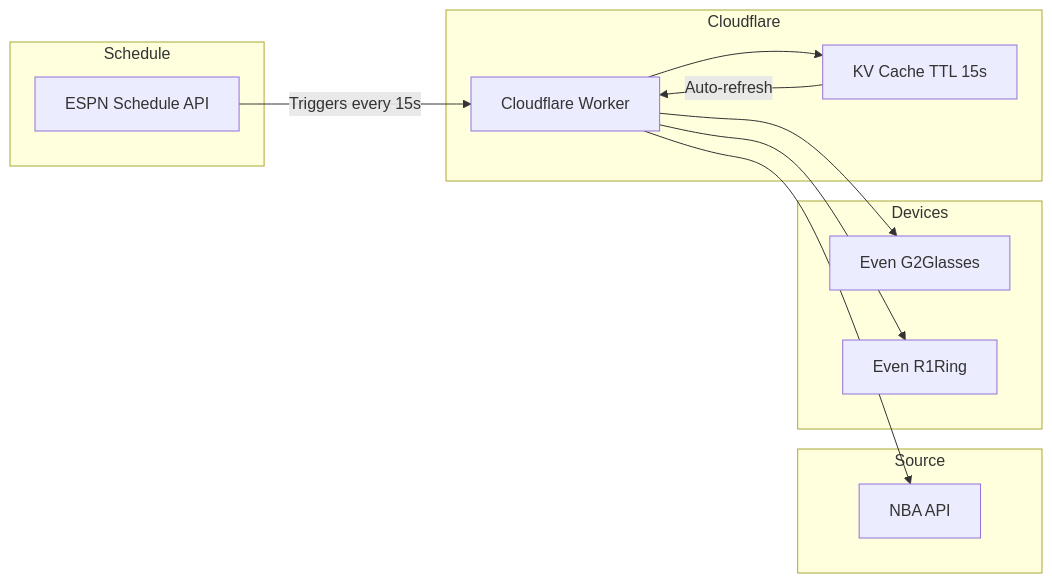
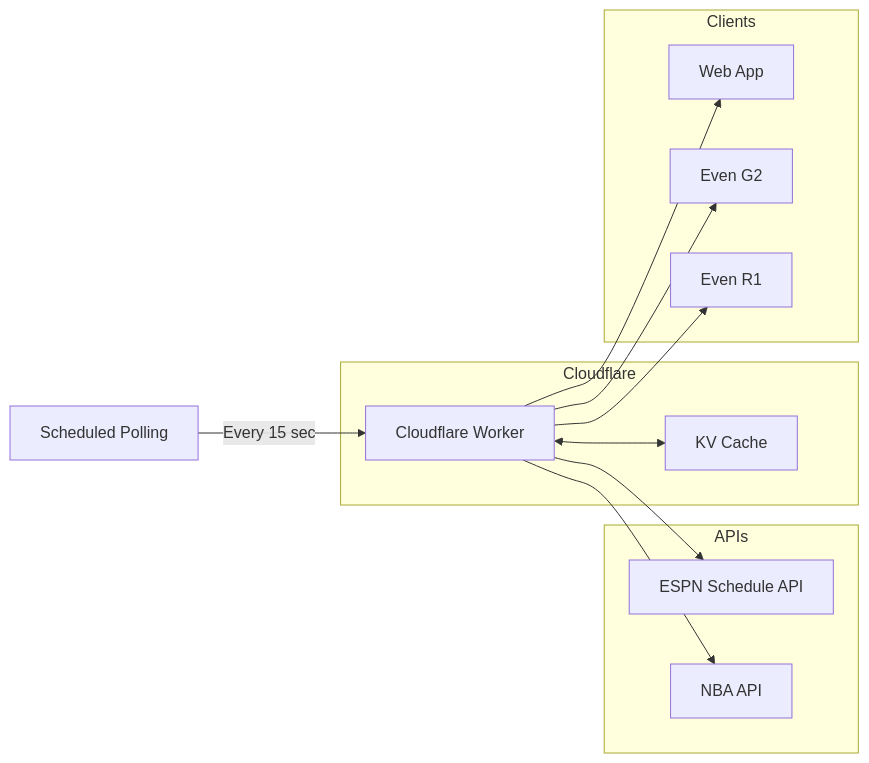
The first of 3 diagrams in README.md (Minna-Cross/Minna-Cross), drawn with Mermaid before and after one commit. The commit also changed other lines of this file, not shown here.

````diff
--- a/README.md
+++ b/README.md
@@ -41,27 +52,29 @@
 ```mermaid
-    flowchart LR
-        subgraph Schedule
-            ESPN[ESPN Schedule API]
-        end
-    
-        subgraph Cloudflare
-            Worker[Cloudflare Worker]
-            Cache[KV Cache TTL 15s]
-        end
-    
-        subgraph Source
-            NBA[NBA API]
-        end
-    
-        subgraph Devices
-            G2[Even G2Glasses]
-            R1[Even R1Ring]
-        end
-    
-        ESPN -->|Triggers every 15s| Worker
-        Worker --> NBA
-        Worker --> Cache
-        Cache -->|Auto-refresh| Worker
-        Worker --> G2
-        Worker --> R1
+flowchart LR
+    Scheduler[Scheduled Polling]
+
+    subgraph APIs
+        ESPN[ESPN Schedule API]
+        NBA[NBA API]
+    end
+
+    subgraph Cloudflare
+        Worker[Cloudflare Worker]
+        Cache[KV Cache]
+    end
+
+    subgraph Clients
+        Web[Web App]
+        G2[Even G2]
+        R1[Even R1]
+    end
+
+    Scheduler -->|Every 15 sec| Worker
+    Worker --> ESPN
+    Worker --> NBA
+    Worker <--> Cache
+
+    Worker --> Web
+    Worker --> G2
+    Worker --> R1
 ```
````
